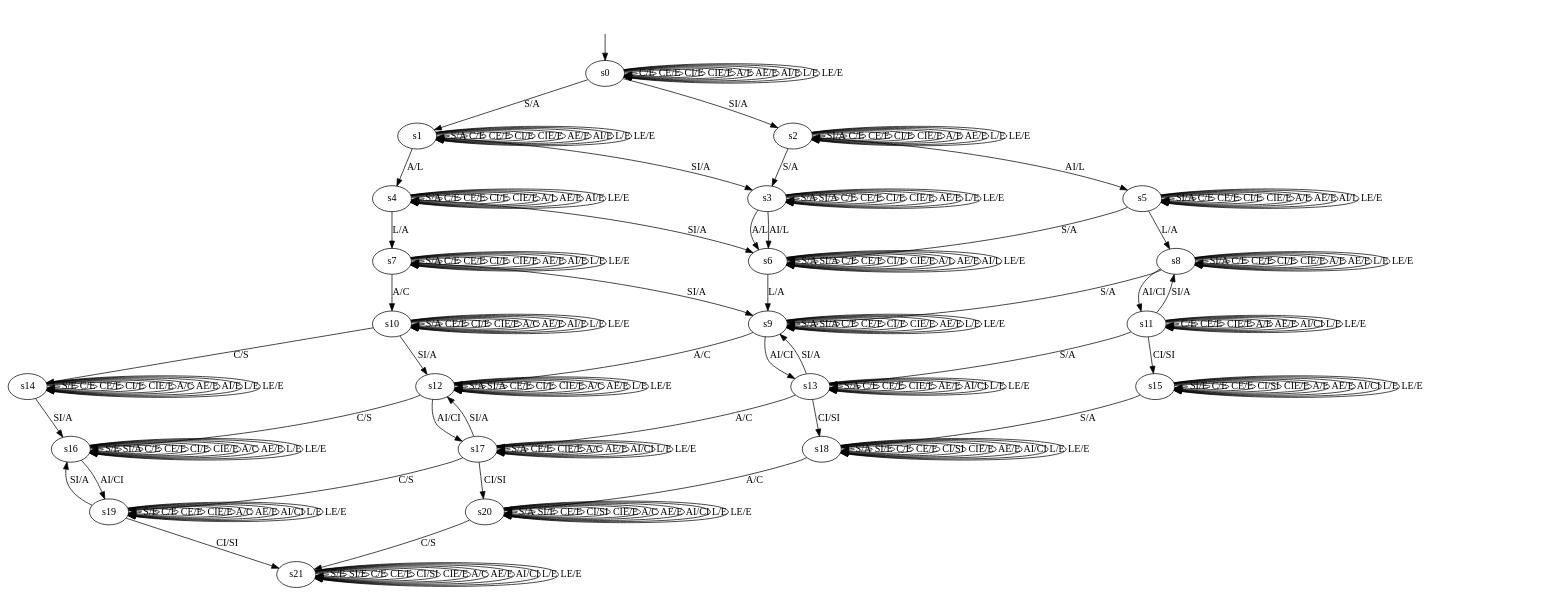
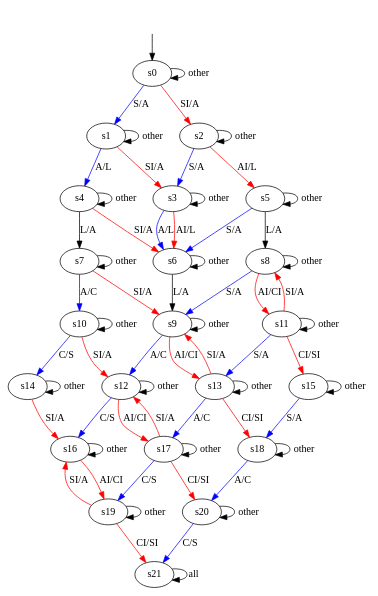
Before and after one commit to Harm-r/oidc-learning-based-fuzzing: the diagram in learned_models/combined-simplified.dot, drawn with Graphviz. The commit also changed 52 other files, not shown here.

```diff
--- a/learned_models/combined-simplified.dot
+++ b/learned_models/combined-simplified.dot
@@ -21,248 +21,67 @@
 s19 [label="s19"];
 s20 [label="s20"];
 s21 [label="s21"];
-s0 -> s1 [label="S/A"];
-s0 -> s2 [label="SI/A"];
-s0 -> s0 [label="C/E"];
-s0 -> s0 [label="CE/E"];
-s0 -> s0 [label="CI/E"];
-s0 -> s0 [label="CIE/E"];
-s0 -> s0 [label="A/E"];
-s0 -> s0 [label="AE/E"];
-s0 -> s0 [label="AI/E"];
-s0 -> s0 [label="L/E"];
-s0 -> s0 [label="LE/E"];
-s1 -> s1 [label="S/A"];
-s1 -> s3 [label="SI/A"];
-s1 -> s1 [label="C/E"];
-s1 -> s1 [label="CE/E"];
-s1 -> s1 [label="CI/E"];
-s1 -> s1 [label="CIE/E"];
-s1 -> s4 [label="A/L"];
-s1 -> s1 [label="AE/E"];
-s1 -> s1 [label="AI/E"];
-s1 -> s1 [label="L/E"];
-s1 -> s1 [label="LE/E"];
-s2 -> s3 [label="S/A"];
-s2 -> s2 [label="SI/A"];
-s2 -> s2 [label="C/E"];
-s2 -> s2 [label="CE/E"];
-s2 -> s2 [label="CI/E"];
-s2 -> s2 [label="CIE/E"];
-s2 -> s2 [label="A/E"];
-s2 -> s2 [label="AE/E"];
-s2 -> s5 [label="AI/L"];
-s2 -> s2 [label="L/E"];
-s2 -> s2 [label="LE/E"];
-s3 -> s3 [label="S/A"];
-s3 -> s3 [label="SI/A"];
-s3 -> s3 [label="C/E"];
-s3 -> s3 [label="CE/E"];
-s3 -> s3 [label="CI/E"];
-s3 -> s3 [label="CIE/E"];
-s3 -> s6 [label="A/L"];
-s3 -> s3 [label="AE/E"];
-s3 -> s6 [label="AI/L"];
-s3 -> s3 [label="L/E"];
-s3 -> s3 [label="LE/E"];
-s4 -> s4 [label="S/A"];
-s4 -> s6 [label="SI/A"];
-s4 -> s4 [label="C/E"];
-s4 -> s4 [label="CE/E"];
-s4 -> s4 [label="CI/E"];
-s4 -> s4 [label="CIE/E"];
-s4 -> s4 [label="A/L"];
-s4 -> s4 [label="AE/E"];
-s4 -> s4 [label="AI/E"];
+s0 -> s1 [label="S/A", color="#0000FF"];
+s0 -> s2 [label="SI/A", color="#FF0000"];
+s0 -> s0 [label="other"];
+s1 -> s1 [label="other"];
+s1 -> s3 [label="SI/A", color="#FF0000"];
+s1 -> s4 [label="A/L", color="#0000FF"];
+s2 -> s3 [label="S/A", color="#0000FF"];
+s2 -> s2 [label="other"];
+s2 -> s5 [label="AI/L", color="#FF0000"];
+s3 -> s3 [label="other"];
+s3 -> s6 [label="A/L", color="#0000FF"];
+s3 -> s6 [label="AI/L", color="#FF0000"];
+s4 -> s4 [label="other"];
+s4 -> s6 [label="SI/A", color="#FF0000"];
 s4 -> s7 [label="L/A"];
-s4 -> s4 [label="LE/E"];
-s5 -> s6 [label="S/A"];
-s5 -> s5 [label="SI/A"];
-s5 -> s5 [label="C/E"];
-s5 -> s5 [label="CE/E"];
-s5 -> s5 [label="CI/E"];
-s5 -> s5 [label="CIE/E"];
-s5 -> s5 [label="A/E"];
-s5 -> s5 [label="AE/E"];
-s5 -> s5 [label="AI/L"];
+s5 -> s6 [label="S/A", color="#0000FF"];
+s5 -> s5 [label="other"];
 s5 -> s8 [label="L/A"];
-s5 -> s5 [label="LE/E"];
-s6 -> s6 [label="S/A"];
-s6 -> s6 [label="SI/A"];
-s6 -> s6 [label="C/E"];
-s6 -> s6 [label="CE/E"];
-s6 -> s6 [label="CI/E"];
-s6 -> s6 [label="CIE/E"];
-s6 -> s6 [label="A/L"];
-s6 -> s6 [label="AE/E"];
-s6 -> s6 [label="AI/L"];
+s6 -> s6 [label="other"];
 s6 -> s9 [label="L/A"];
-s6 -> s6 [label="LE/E"];
-s7 -> s7 [label="S/A"];
-s7 -> s9 [label="SI/A"];
-s7 -> s7 [label="C/E"];
-s7 -> s7 [label="CE/E"];
-s7 -> s7 [label="CI/E"];
-s7 -> s7 [label="CIE/E"];
-s7 -> s10 [label="A/C"];
-s7 -> s7 [label="AE/E"];
-s7 -> s7 [label="AI/E"];
-s7 -> s7 [label="L/E"];
-s7 -> s7 [label="LE/E"];
-s8 -> s9 [label="S/A"];
-s8 -> s8 [label="SI/A"];
-s8 -> s8 [label="C/E"];
-s8 -> s8 [label="CE/E"];
-s8 -> s8 [label="CI/E"];
-s8 -> s8 [label="CIE/E"];
-s8 -> s8 [label="A/E"];
-s8 -> s8 [label="AE/E"];
-s8 -> s11 [label="AI/CI"];
-s8 -> s8 [label="L/E"];
-s8 -> s8 [label="LE/E"];
-s9 -> s9 [label="S/A"];
-s9 -> s9 [label="SI/A"];
-s9 -> s9 [label="C/E"];
-s9 -> s9 [label="CE/E"];
-s9 -> s9 [label="CI/E"];
-s9 -> s9 [label="CIE/E"];
-s9 -> s12 [label="A/C"];
-s9 -> s9 [label="AE/E"];
-s9 -> s13 [label="AI/CI"];
-s9 -> s9 [label="L/E"];
-s9 -> s9 [label="LE/E"];
-s10 -> s10 [label="S/A"];
-s10 -> s12 [label="SI/A"];
-s10 -> s14 [label="C/S"];
-s10 -> s10 [label="CE/E"];
-s10 -> s10 [label="CI/E"];
-s10 -> s10 [label="CIE/E"];
-s10 -> s10 [label="A/C"];
-s10 -> s10 [label="AE/E"];
-s10 -> s10 [label="AI/E"];
-s10 -> s10 [label="L/E"];
-s10 -> s10 [label="LE/E"];
-s11 -> s13 [label="S/A"];
-s11 -> s8 [label="SI/A"];
-s11 -> s11 [label="C/E"];
-s11 -> s11 [label="CE/E"];
-s11 -> s15 [label="CI/SI"];
-s11 -> s11 [label="CIE/E"];
-s11 -> s11 [label="A/E"];
-s11 -> s11 [label="AE/E"];
-s11 -> s11 [label="AI/CI"];
-s11 -> s11 [label="L/E"];
-s11 -> s11 [label="LE/E"];
-s12 -> s12 [label="S/A"];
-s12 -> s12 [label="SI/A"];
-s12 -> s16 [label="C/S"];
-s12 -> s12 [label="CE/E"];
-s12 -> s12 [label="CI/E"];
-s12 -> s12 [label="CIE/E"];
-s12 -> s12 [label="A/C"];
-s12 -> s12 [label="AE/E"];
-s12 -> s17 [label="AI/CI"];
-s12 -> s12 [label="L/E"];
-s12 -> s12 [label="LE/E"];
-s13 -> s13 [label="S/A"];
-s13 -> s9 [label="SI/A"];
-s13 -> s13 [label="C/E"];
-s13 -> s13 [label="CE/E"];
-s13 -> s18 [label="CI/SI"];
-s13 -> s13 [label="CIE/E"];
-s13 -> s17 [label="A/C"];
-s13 -> s13 [label="AE/E"];
-s13 -> s13 [label="AI/CI"];
-s13 -> s13 [label="L/E"];
-s13 -> s13 [label="LE/E"];
-s14 -> s14 [label="S/E"];
-s14 -> s16 [label="SI/A"];
-s14 -> s14 [label="C/E"];
-s14 -> s14 [label="CE/E"];
-s14 -> s14 [label="CI/E"];
-s14 -> s14 [label="CIE/E"];
-s14 -> s14 [label="A/C"];
-s14 -> s14 [label="AE/E"];
-s14 -> s14 [label="AI/E"];
-s14 -> s14 [label="L/E"];
-s14 -> s14 [label="LE/E"];
-s15 -> s18 [label="S/A"];
-s15 -> s15 [label="SI/E"];
-s15 -> s15 [label="C/E"];
-s15 -> s15 [label="CE/E"];
-s15 -> s15 [label="CI/SI"];
-s15 -> s15 [label="CIE/E"];
-s15 -> s15 [label="A/E"];
-s15 -> s15 [label="AE/E"];
-s15 -> s15 [label="AI/CI"];
-s15 -> s15 [label="L/E"];
-s15 -> s15 [label="LE/E"];
-s16 -> s16 [label="S/E"];
-s16 -> s16 [label="SI/A"];
-s16 -> s16 [label="C/E"];
-s16 -> s16 [label="CE/E"];
-s16 -> s16 [label="CI/E"];
-s16 -> s16 [label="CIE/E"];
-s16 -> s16 [label="A/C"];
-s16 -> s16 [label="AE/E"];
-s16 -> s19 [label="AI/CI"];
-s16 -> s16 [label="L/E"];
-s16 -> s16 [label="LE/E"];
-s17 -> s17 [label="S/A"];
-s17 -> s12 [label="SI/A"];
-s17 -> s19 [label="C/S"];
-s17 -> s17 [label="CE/E"];
-s17 -> s20 [label="CI/SI"];
-s17 -> s17 [label="CIE/E"];
-s17 -> s17 [label="A/C"];
-s17 -> s17 [label="AE/E"];
-s17 -> s17 [label="AI/CI"];
-s17 -> s17 [label="L/E"];
-s17 -> s17 [label="LE/E"];
-s18 -> s18 [label="S/A"];
-s18 -> s18 [label="SI/E"];
-s18 -> s18 [label="C/E"];
-s18 -> s18 [label="CE/E"];
-s18 -> s18 [label="CI/SI"];
-s18 -> s18 [label="CIE/E"];
-s18 -> s20 [label="A/C"];
-s18 -> s18 [label="AE/E"];
-s18 -> s18 [label="AI/CI"];
-s18 -> s18 [label="L/E"];
-s18 -> s18 [label="LE/E"];
-s19 -> s19 [label="S/E"];
-s19 -> s16 [label="SI/A"];
-s19 -> s19 [label="C/E"];
-s19 -> s19 [label="CE/E"];
-s19 -> s21 [label="CI/SI"];
-s19 -> s19 [label="CIE/E"];
-s19 -> s19 [label="A/C"];
-s19 -> s19 [label="AE/E"];
-s19 -> s19 [label="AI/CI"];
-s19 -> s19 [label="L/E"];
-s19 -> s19 [label="LE/E"];
-s20 -> s20 [label="S/A"];
-s20 -> s20 [label="SI/E"];
-s20 -> s21 [label="C/S"];
-s20 -> s20 [label="CE/E"];
-s20 -> s20 [label="CI/SI"];
-s20 -> s20 [label="CIE/E"];
-s20 -> s20 [label="A/C"];
-s20 -> s20 [label="AE/E"];
-s20 -> s20 [label="AI/CI"];
-s20 -> s20 [label="L/E"];
-s20 -> s20 [label="LE/E"];
-s21 -> s21 [label="S/E"];
-s21 -> s21 [label="SI/E"];
-s21 -> s21 [label="C/E"];
-s21 -> s21 [label="CE/E"];
-s21 -> s21 [label="CI/SI"];
-s21 -> s21 [label="CIE/E"];
-s21 -> s21 [label="A/C"];
-s21 -> s21 [label="AE/E"];
-s21 -> s21 [label="AI/CI"];
-s21 -> s21 [label="L/E"];
-s21 -> s21 [label="LE/E"];
+s7 -> s7 [label="other"];
+s7 -> s9 [label="SI/A", color="#FF0000"];
+s7 -> s10 [label="A/C", color="#0000FF"];
+s8 -> s9 [label="S/A", color="#0000FF"];
+s8 -> s8 [label="other"];
+s8 -> s11 [label="AI/CI", color="#FF0000"];
+s9 -> s9 [label="other"];
+s9 -> s12 [label="A/C", color="#0000FF"];
+s9 -> s13 [label="AI/CI", color="#FF0000"];
+s10 -> s10 [label="other"];
+s10 -> s12 [label="SI/A", color="#FF0000"];
+s10 -> s14 [label="C/S", color="#0000FF"];
+s11 -> s13 [label="S/A", color="#0000FF"];
+s11 -> s8 [label="SI/A", color="#FF0000"];
+s11 -> s11 [label="other"];
+s11 -> s15 [label="CI/SI", color="#FF0000"];
+s12 -> s12 [label="other"];
+s12 -> s16 [label="C/S", color="#0000FF"];
+s12 -> s17 [label="AI/CI", color="#FF0000"];
+s13 -> s13 [label="other"];
+s13 -> s9 [label="SI/A", color="#FF0000"];
+s13 -> s18 [label="CI/SI", color="#FF0000"];
+s13 -> s17 [label="A/C", color="#0000FF"];
+s14 -> s14 [label="other"];
+s14 -> s16 [label="SI/A", color="#FF0000"];
+s15 -> s18 [label="S/A", color="#0000FF"];
+s15 -> s15 [label="other"];
+s16 -> s16 [label="other"];
+s16 -> s19 [label="AI/CI", color="#FF0000"];
+s17 -> s17 [label="other"];
+s17 -> s12 [label="SI/A", color="#FF0000"];
+s17 -> s19 [label="C/S", color="#0000FF"];
+s17 -> s20 [label="CI/SI", color="#FF0000"];
+s18 -> s18 [label="other"];
+s18 -> s20 [label="A/C", color="#0000FF"];
+s19 -> s19 [label="other"];
+s19 -> s16 [label="SI/A", color="#FF0000"];
+s19 -> s21 [label="CI/SI", color="#FF0000"];
+s20 -> s20 [label="other"];
+s20 -> s21 [label="C/S", color="#0000FF"];
+s21 -> s21 [label="all"];
 __start0 [shape=none, label=""];
 __start0 -> s0 [label=""];
 }
```
